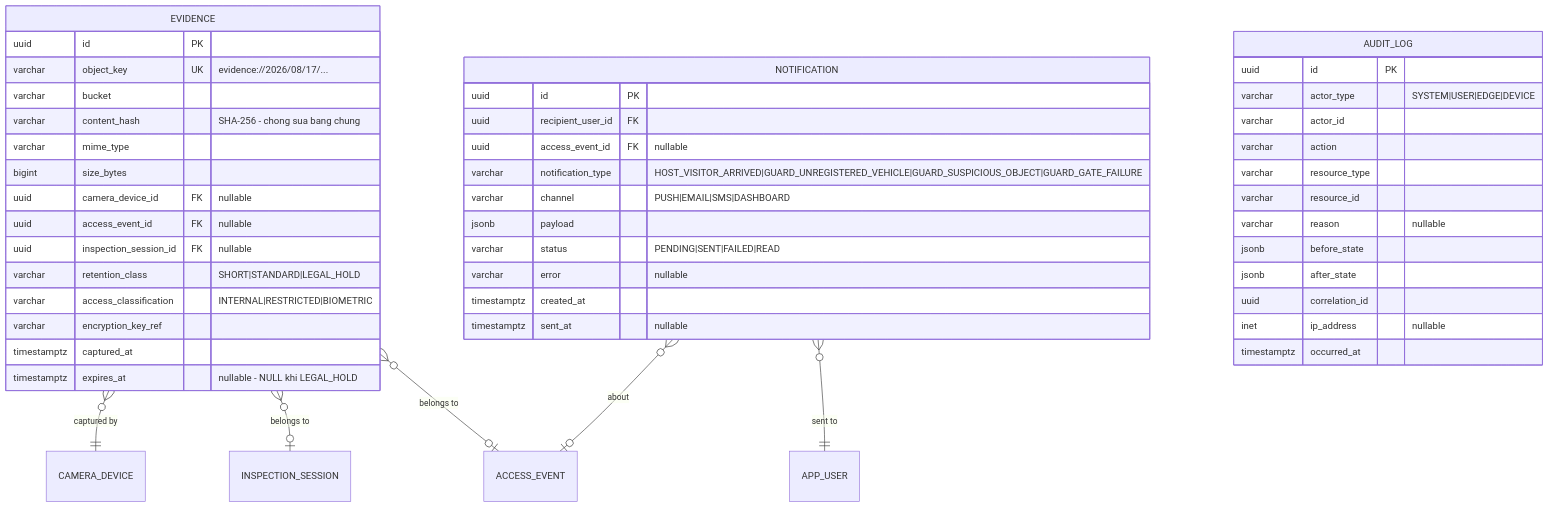
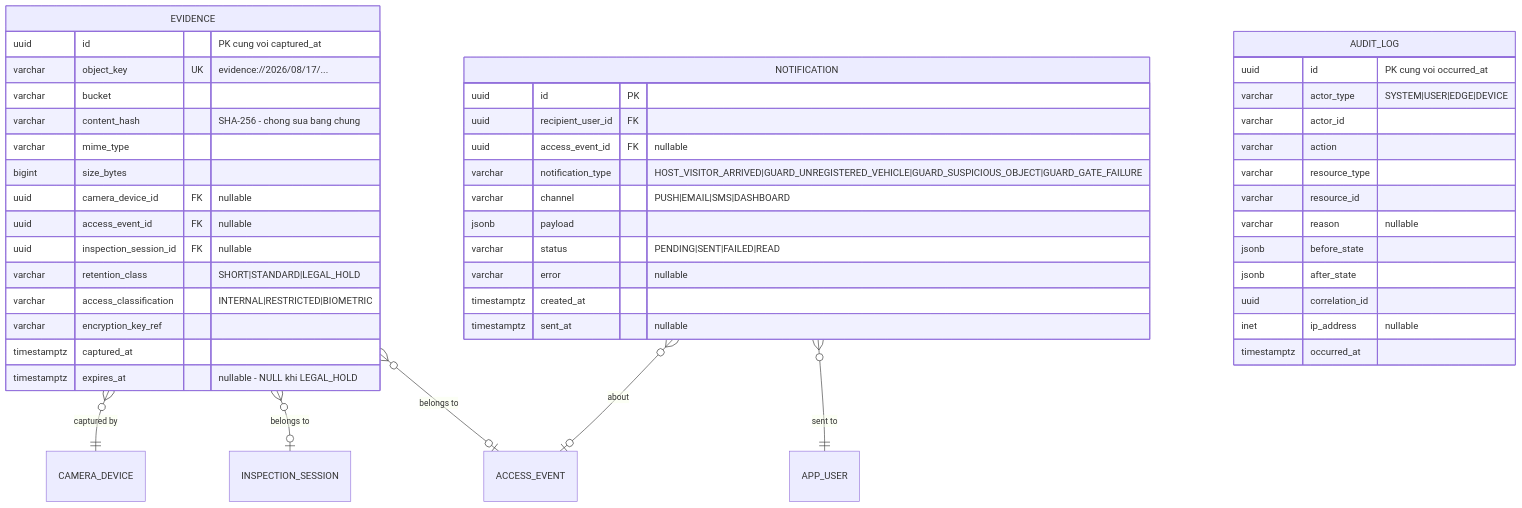
Before and after one commit to vHozang/ev-smart-gate: the fifth of 6 diagrams in docs/data-model-erd.md, drawn with Mermaid. The commit also changed other lines of this file and 12 other files, not shown here.

````diff
--- a/docs/data-model-erd.md
+++ b/docs/data-model-erd.md
@@ -461,53 +461,53 @@
 ```mermaid
 erDiagram
     EVIDENCE }o--o| ACCESS_EVENT : "belongs to"
     EVIDENCE }o--o| INSPECTION_SESSION : "belongs to"
     EVIDENCE }o--|| CAMERA_DEVICE : "captured by"
     NOTIFICATION }o--|| APP_USER : "sent to"
     NOTIFICATION }o--o| ACCESS_EVENT : "about"
 
     EVIDENCE {
-        uuid id PK
+        uuid id "PK cung voi captured_at"
         varchar object_key UK "evidence://2026/08/17/..."
         varchar bucket
         varchar content_hash "SHA-256 - chong sua bang chung"
         varchar mime_type
         bigint size_bytes
         uuid camera_device_id FK "nullable"
         uuid access_event_id FK "nullable"
         uuid inspection_session_id FK "nullable"
         varchar retention_class "SHORT|STANDARD|LEGAL_HOLD"
         varchar access_classification "INTERNAL|RESTRICTED|BIOMETRIC"
         varchar encryption_key_ref
         timestamptz captured_at
         timestamptz expires_at "nullable - NULL khi LEGAL_HOLD"
     }
 
     NOTIFICATION {
         uuid id PK
         uuid recipient_user_id FK
         uuid access_event_id FK "nullable"
         varchar notification_type "HOST_VISITOR_ARRIVED|GUARD_UNREGISTERED_VEHICLE|GUARD_SUSPICIOUS_OBJECT|GUARD_GATE_FAILURE"
         varchar channel "PUSH|EMAIL|SMS|DASHBOARD"
         jsonb payload
         varchar status "PENDING|SENT|FAILED|READ"
         varchar error "nullable"
         timestamptz created_at
         timestamptz sent_at "nullable"
     }
 
     AUDIT_LOG {
-        uuid id PK
+        uuid id "PK cung voi occurred_at"
         varchar actor_type "SYSTEM|USER|EDGE|DEVICE"
         varchar actor_id
         varchar action
         varchar resource_type
         varchar resource_id
         varchar reason "nullable"
         jsonb before_state
         jsonb after_state
         uuid correlation_id
         inet ip_address "nullable"
         timestamptz occurred_at
     }
 ```
````
